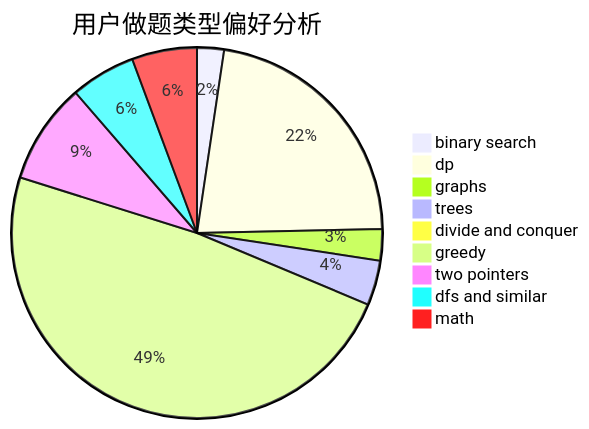
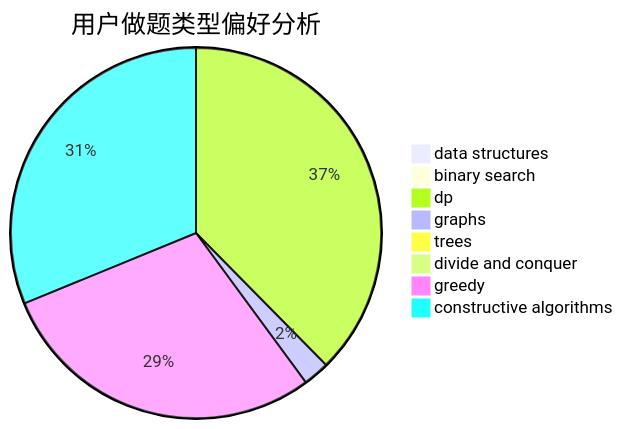
One commit to sherpahu/cfrs.github.io changed the second of 3 diagrams in docs/user/u2508.md. Above: the diagram before and after it, drawn with Mermaid. The commit also changed other lines of this file and 2775 other files, not shown here.

````diff
--- a/docs/user/u2508.md
+++ b/docs/user/u2508.md
@@ -23,12 +23,11 @@
 ```mermaid
 pie title 用户做题类型偏好分析
-    "binary search" :  12
-    "dp" :  114
-    "graphs" :  14
-    "trees" :  20
+    "data structures" :  1
+    "binary search" :  1
+    "dp" :  82
+    "graphs" :  5
+    "trees" :  1
     "divide and conquer" :  0
-    "greedy" :  248
-    "two pointers" :  45
-    "dfs and similar" :  29
-    "math" :  29
+    "greedy" :  63
+    "constructive algorithms" :  68
 ```
````
